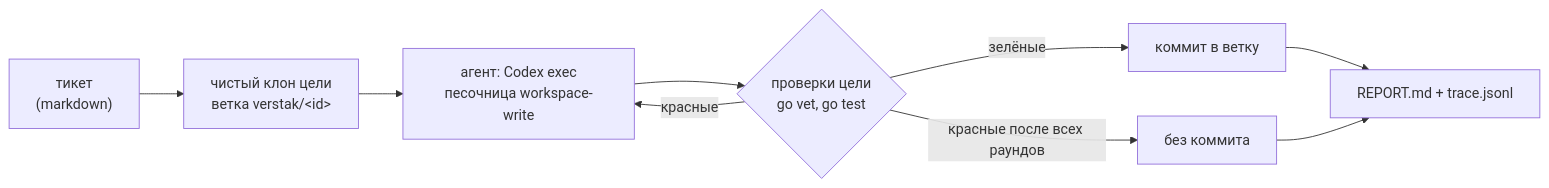
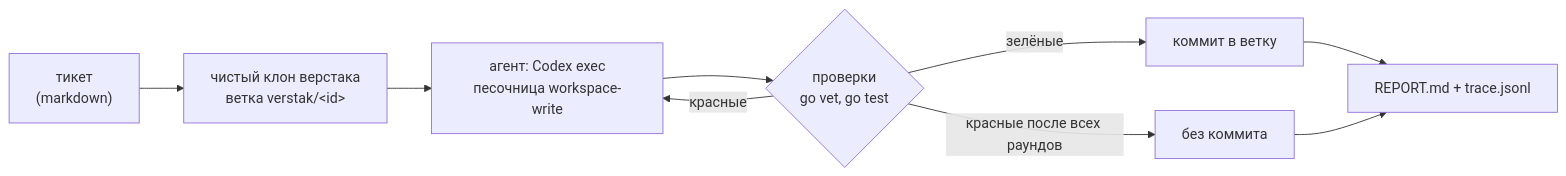
The diagram in README.md (alteralto/verstak), drawn with Mermaid before and after one commit. The commit also changed other lines of this file and 10 other files, not shown here.

````diff
--- a/README.md
+++ b/README.md
@@ -10,11 +12,11 @@
 ```mermaid
 flowchart LR
-  T["тикет<br/>(markdown)"] --> C["чистый клон цели<br/>ветка verstak/&lt;id&gt;"]
+  T["тикет<br/>(markdown)"] --> C["чистый клон верстака<br/>ветка verstak/&lt;id&gt;"]
   C --> A["агент: Codex exec<br/>песочница workspace-write"]
-  A --> K{"проверки цели<br/>go vet, go test"}
+  A --> K{"проверки<br/>go vet, go test"}
   K -- красные --> A
   K -- зелёные --> M["коммит в ветку"]
   K -- красные после всех раундов --> F["без коммита"]
   M --> R["REPORT.md + trace.jsonl"]
   F --> R
 ```
````
